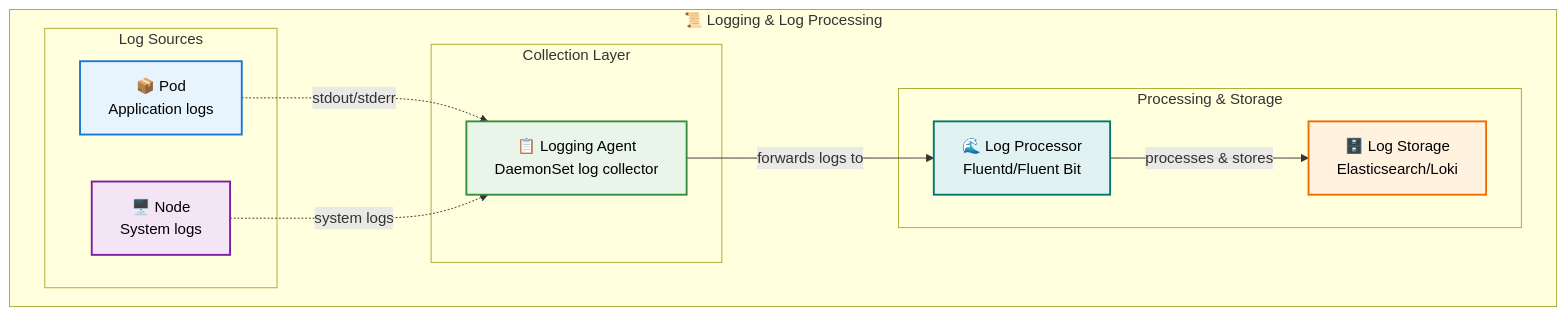
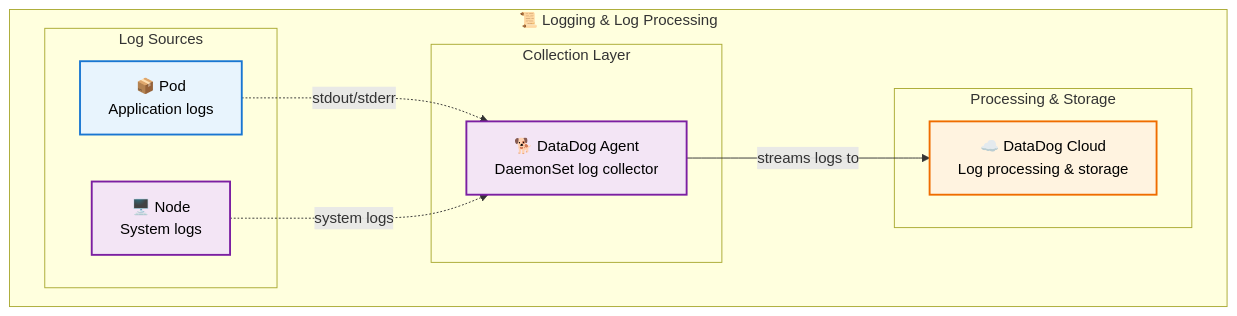
Diagram 11 of 12 in 1.4_distributed_systems/kubernetes_resource_hierarchy_guide.md (razkevich/system_design_course), drawn with Mermaid before and after one commit. The commit also changed other lines of this file, not shown here.

Commit message:
exactly once

````diff
--- a/1.4_distributed_systems/kubernetes_resource_hierarchy_guide.md
+++ b/1.4_distributed_systems/kubernetes_resource_hierarchy_guide.md
@@ -436,30 +436,27 @@
 ```mermaid
 flowchart TD
     subgraph "📜 Logging & Log Processing"
         
         subgraph "Log Sources"
             AppPod["📦 Pod<br/>Application logs"]
             SystemLogs["🖥️ Node<br/>System logs"]
         end
         
         subgraph "Collection Layer"
-            LoggingAgent["📋 Logging Agent<br/>DaemonSet log collector"]
+            DatadogLogAgent["🐕 DataDog Agent<br/>DaemonSet log collector"]
         end
         
         subgraph "Processing & Storage"
-            LogProcessor["🌊 Log Processor<br/>Fluentd/Fluent Bit"]
-            LogStorage["🗄️ Log Storage<br/>Elasticsearch/Loki"]
+            DatadogLogCloud["☁️ DataDog Cloud<br/>Log processing & storage"]
         end
         
-        AppPod -.->|"stdout/stderr"| LoggingAgent
-        SystemLogs -.->|"system logs"| LoggingAgent
-        LoggingAgent -->|"forwards logs to"| LogProcessor
-        LogProcessor -->|"processes & stores"| LogStorage
+        AppPod -.->|"stdout/stderr"| DatadogLogAgent
+        SystemLogs -.->|"system logs"| DatadogLogAgent
+        DatadogLogAgent -->|"streams logs to"| DatadogLogCloud
     end
     
     style AppPod fill:#e8f4fd,stroke:#1976d2,stroke-width:2px,color:#000
     style SystemLogs fill:#f3e5f5,stroke:#7b1fa2,stroke-width:2px,color:#000
-    style LoggingAgent fill:#e8f5e8,stroke:#388e3c,stroke-width:2px,color:#000
-    style LogProcessor fill:#e0f2f1,stroke:#00796b,stroke-width:2px,color:#000
-    style LogStorage fill:#fff3e0,stroke:#ef6c00,stroke-width:2px,color:#000
+    style DatadogLogAgent fill:#f3e5f5,stroke:#7b1fa2,stroke-width:2px,color:#000
+    style DatadogLogCloud fill:#fff3e0,stroke:#ef6c00,stroke-width:2px,color:#000
 ```
````
